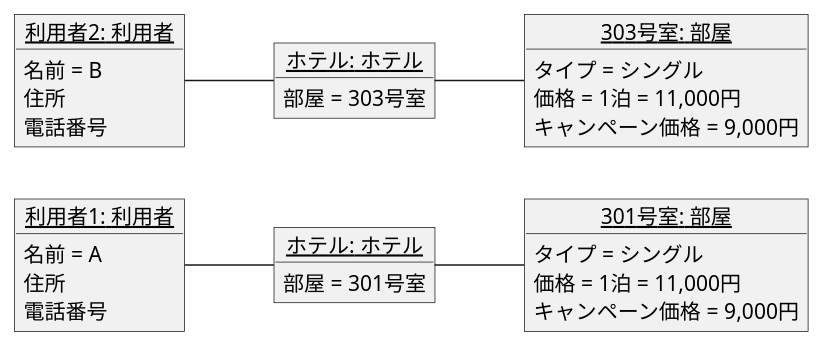
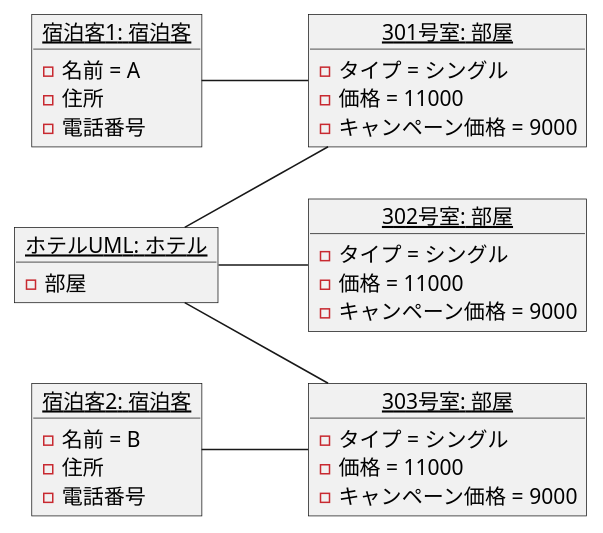
The diagram in 演習3-5_OBJ_ホテル宿泊予約.pu (Takhshi/uml-introduction), drawn with PlantUML before and after one commit. The commit also changed 3 other files, not shown here.

```diff
--- a/演習3-5_OBJ_ホテル宿泊予約.pu
+++ b/演習3-5_OBJ_ホテル宿泊予約.pu
@@ -1,33 +1,36 @@
 @startuml ホテル宿泊予約
 left to right direction
-object "<u>利用者1: 利用者</u>" as customer1 {
-名前 = A
-住所
-電話番号
+object "<u>宿泊客1: 宿泊客</u>" as customer1 {
+- 名前 = A
+- 住所
+- 電話番号
 }
-object "<u>利用者2: 利用者</u>" as customer2 {
-名前 = B
-住所
-電話番号
+object "<u>宿泊客2: 宿泊客</u>" as customer2 {
+- 名前 = B
+- 住所
+- 電話番号
 }
-object "<u>ホテル: ホテル</u>" as hotel1 {
-部屋 = 301号室
-}
-object "<u>ホテル: ホテル</u>" as hotel2 {
-部屋 = 303号室
+object "<u>ホテルUML: ホテル</u>" as hotel {
+- 部屋
 }
 object "<u>301号室: 部屋</u>" as room1 {
-タイプ = シングル
-価格 = 1泊 = 11,000円
-キャンペーン価格 = 9,000円
+- タイプ = シングル
+- 価格 = 11000
+- キャンペーン価格 = 9000
 }
-object "<u>303号室: 部屋</u>" as room2 {
-タイプ = シングル
-価格 = 1泊 = 11,000円
-キャンペーン価格 = 9,000円
+object "<u>302号室: 部屋</u>" as room2 {
+- タイプ = シングル
+- 価格 = 11000
+- キャンペーン価格 = 9000
 }
-customer1 -- hotel1
-hotel1 -- room1
-customer2 -- hotel2
-hotel2 -- room2
+object "<u>303号室: 部屋</u>" as room3 {
+- タイプ = シングル
+- 価格 = 11000
+- キャンペーン価格 = 9000
+}
+customer1 -- room1
+hotel -- room1
+customer2 -- room3
+hotel -- room2
+hotel -- room3
 @enduml
```
